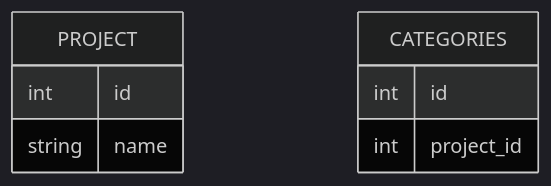
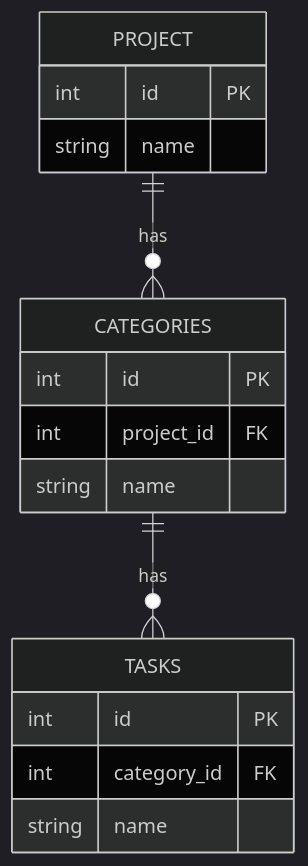
Before and after one commit to chuanhao01/project-work: the diagram in docs/diagrams/erd.mmd, drawn with Mermaid (dark theme). The commit also changed 5 other files, not shown here.

Commit message:
[wip] graphdb

```diff
--- a/docs/diagrams/erd.mmd
+++ b/docs/diagrams/erd.mmd
@@ -1,9 +1,19 @@
 erDiagram
 PROJECT {
-  int id
+  int id PK
   string name
 }
 CATEGORIES {
-  int id
-  int project_id
+  int id PK
+  int project_id FK
+  string name
 }
+TASKS {
+  int id PK
+  int category_id FK
+  string name
+
+}
+
+PROJECT ||--o{ CATEGORIES : has
+CATEGORIES ||--o{ TASKS : has
```
